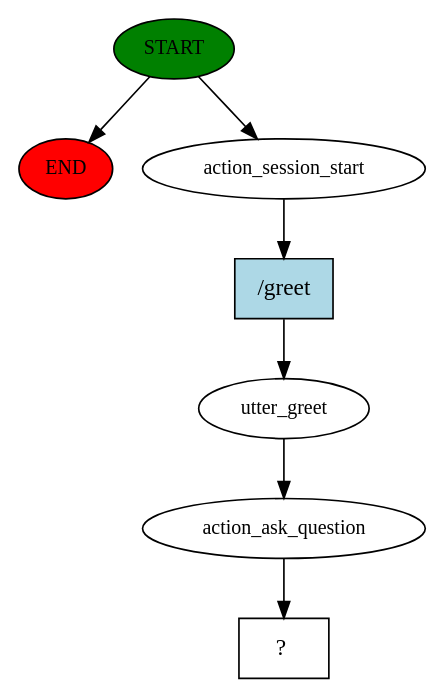
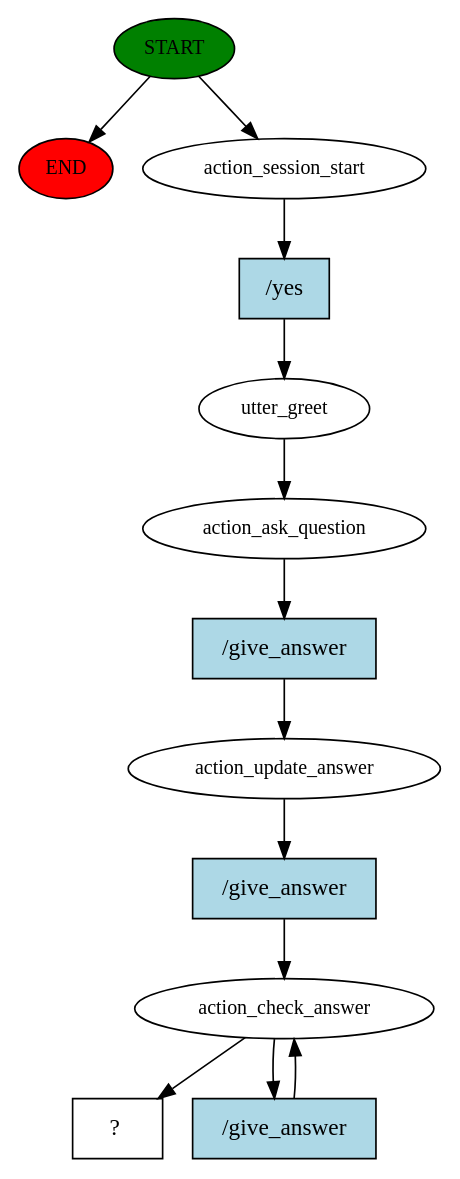
One commit to ddenley/Multi-Person-Quiz changed the diagram in nlu_test/story_graph.dot. Above: the diagram before and after it, drawn with Graphviz. The commit also changed 650 other files, not shown here.

```diff
--- a/nlu_test/story_graph.dot
+++ b/nlu_test/story_graph.dot
@@ -1,15 +1,26 @@
 digraph  {
 0 [class="start active", fillcolor=green, fontsize=12, label=START, style=filled];
 "-1" [class=end, fillcolor=red, fontsize=12, label=END, style=filled];
 1 [class=active, fontsize=12, label=action_session_start];
 2 [class=active, fontsize=12, label=utter_greet];
 3 [class=active, fontsize=12, label=action_ask_question];
-4 [class="intent dashed active", label="  ?  ", shape=rect];
-5 [class="intent active", fillcolor=lightblue, label="/greet", shape=rect, style=filled];
+4 [class=active, fontsize=12, label=action_update_answer];
+5 [class=active, fontsize=12, label=action_check_answer];
+7 [class="intent dashed active", label="  ?  ", shape=rect];
+8 [class="intent active", fillcolor=lightblue, label="/yes", shape=rect, style=filled];
+9 [class="intent active", fillcolor=lightblue, label="/give_answer", shape=rect, style=filled];
+10 [class="intent active", fillcolor=lightblue, label="/give_answer", shape=rect, style=filled];
+11 [class="intent active", fillcolor=lightblue, label="/give_answer", shape=rect, style=filled];
 0 -> "-1"  [class="", key=NONE, label=""];
 0 -> 1  [class=active, key=NONE, label=""];
-1 -> 5  [class=active, key=0];
+1 -> 8  [class=active, key=0];
 2 -> 3  [class=active, key=NONE, label=""];
-3 -> 4  [class=active, key=NONE, label=""];
-5 -> 2  [class=active, key=0];
+3 -> 9  [class=active, key=0];
+4 -> 10  [class=active, key=0];
+5 -> 7  [class=active, key=NONE, label=""];
+5 -> 11  [class=active, key=0];
+8 -> 2  [class=active, key=0];
+9 -> 4  [class=active, key=0];
+10 -> 5  [class=active, key=0];
+11 -> 5  [class=active, key=0];
 }
```
